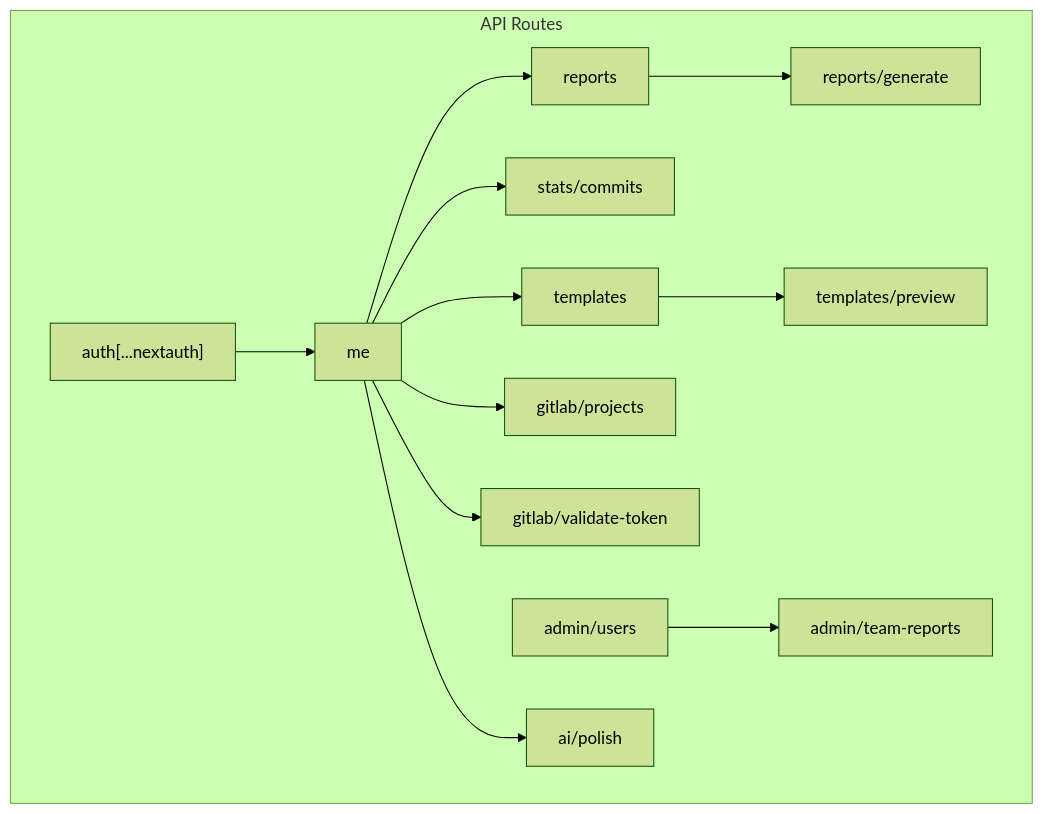
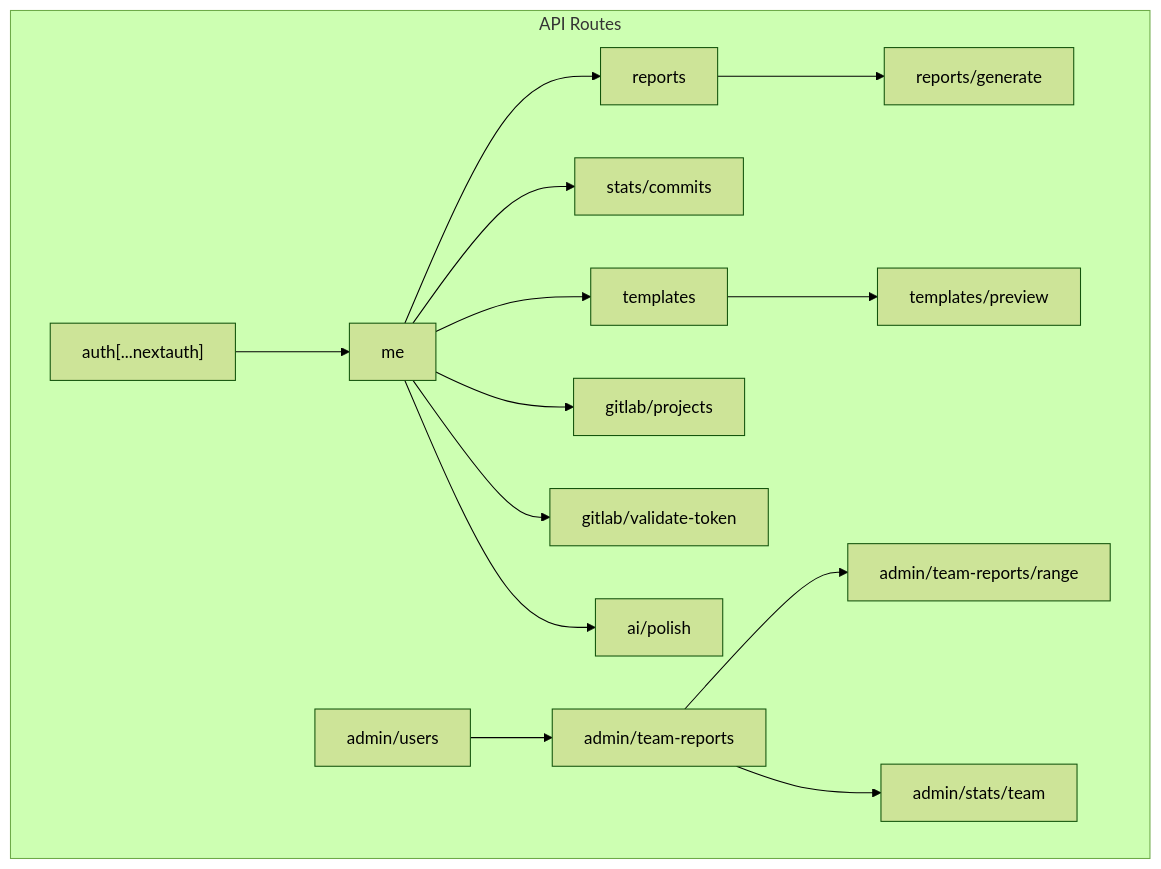
Before and after one commit to jrj444/git-daily: the first of 3 diagrams in .qoder/repowiki/en/content/API Reference/API Reference.md, drawn with Mermaid (forest theme). The commit also changed other lines of this file and 8 other files, not shown here.

````diff
--- a/.qoder/repowiki/en/content/API Reference/API Reference.md
+++ b/.qoder/repowiki/en/content/API Reference/API Reference.md
@@ -60,27 +65,31 @@
 ```mermaid
 graph TB
 subgraph "API Routes"
 AUTH["auth[...nextauth]"]
 ME["me"]
 REPORTS["reports"]
 REPORTS_GEN["reports/generate"]
 STATS_COMMITS["stats/commits"]
 TEMPLATES["templates"]
 TEMPLATES_PREVIEW["templates/preview"]
 GITLAB_PROJ["gitlab/projects"]
 GITLAB_VALIDATE["gitlab/validate-token"]
 ADMIN_USERS["admin/users"]
 ADMIN_TEAM["admin/team-reports"]
+ADMIN_TEAM_RANGE["admin/team-reports/range"]
+ADMIN_TEAM_STATS["admin/stats/team"]
 AI_POLISH["ai/polish"]
 end
 AUTH --> ME
 ME --> REPORTS
 REPORTS --> REPORTS_GEN
 ME --> STATS_COMMITS
 ME --> TEMPLATES
 TEMPLATES --> TEMPLATES_PREVIEW
 ME --> GITLAB_PROJ
 ME --> GITLAB_VALIDATE
 ADMIN_USERS --> ADMIN_TEAM
+ADMIN_TEAM --> ADMIN_TEAM_RANGE
+ADMIN_TEAM --> ADMIN_TEAM_STATS
 ME --> AI_POLISH
 ```
````
